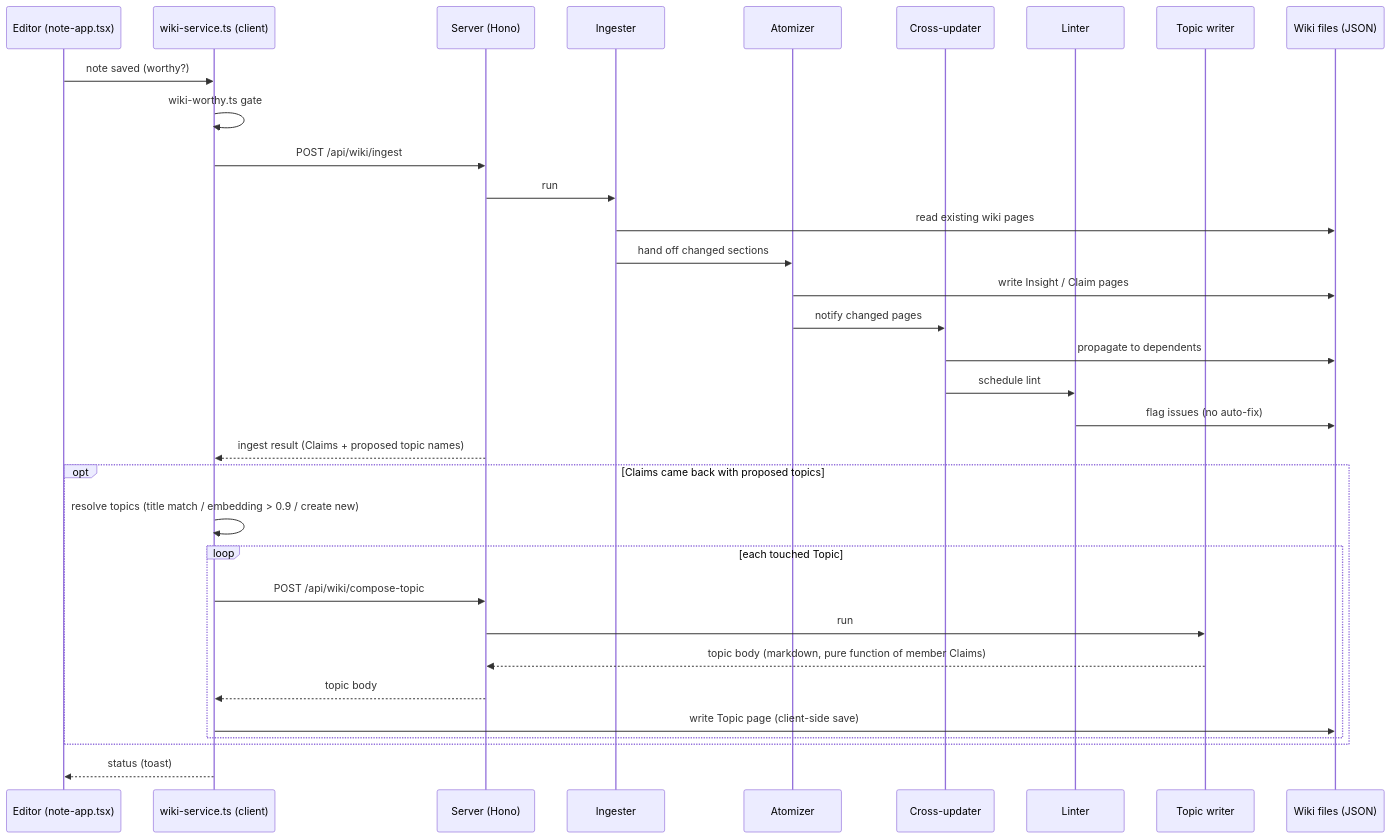
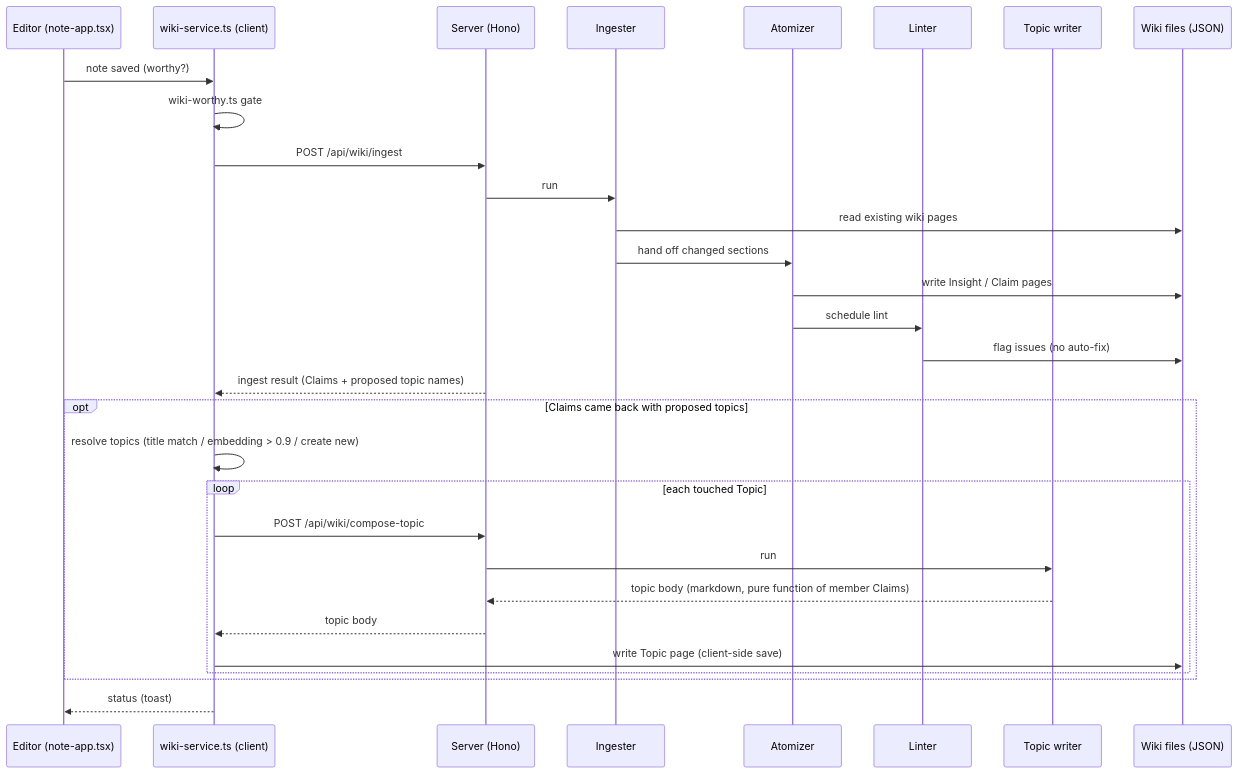
Before and after one commit to kumagallium/Graphium: the second of 4 diagrams in docs/ARCHITECTURE.md, drawn with Mermaid.

Commit message:
Drop the Cross-updater from the ingest sequence diagram

````diff
--- a/docs/ARCHITECTURE.md
+++ b/docs/ARCHITECTURE.md
@@ -729,36 +729,33 @@
 ```mermaid
 sequenceDiagram
     participant E as Editor (note-app.tsx)
     participant W as wiki-service.ts (client)
     participant S as Server (Hono)
     participant I as Ingester
     participant A as Atomizer
-    participant X as Cross-updater
     participant L as Linter
     participant TW as Topic writer
     participant FS as Wiki files (JSON)
 
     E->>W: note saved (worthy?)
     W->>W: wiki-worthy.ts gate
     W->>S: POST /api/wiki/ingest
     S->>I: run
     I->>FS: read existing wiki pages
     I->>A: hand off changed sections
     A->>FS: write Insight / Claim pages
-    A->>X: notify changed pages
-    X->>FS: propagate to dependents
-    X->>L: schedule lint
+    A->>L: schedule lint
     L->>FS: flag issues (no auto-fix)
     S-->>W: ingest result (Claims + proposed topic names)
     opt Claims came back with proposed topics
         W->>W: resolve topics (title match / embedding > 0.9 / create new)
         loop each touched Topic
             W->>S: POST /api/wiki/compose-topic
             S->>TW: run
             TW-->>S: topic body (markdown, pure function of member Claims)
             S-->>W: topic body
             W->>FS: write Topic page (client-side save)
         end
     end
     W-->>E: status (toast)
 ```
````
